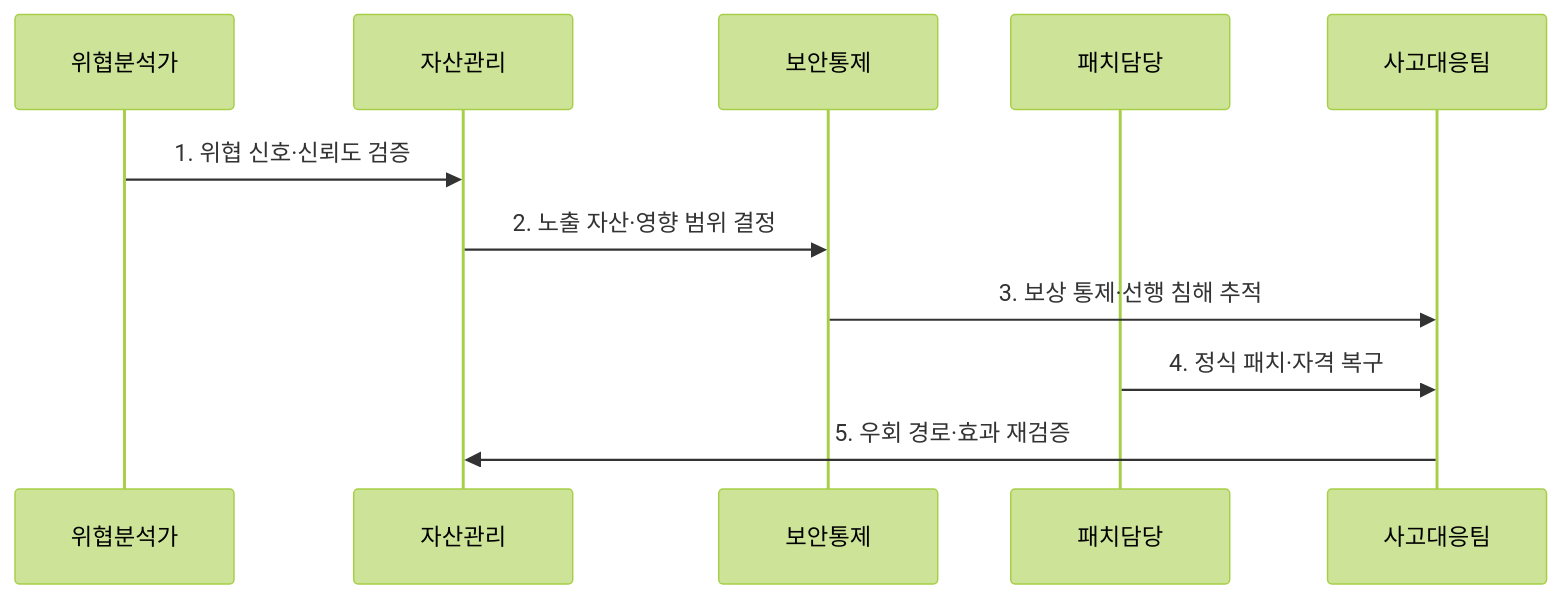
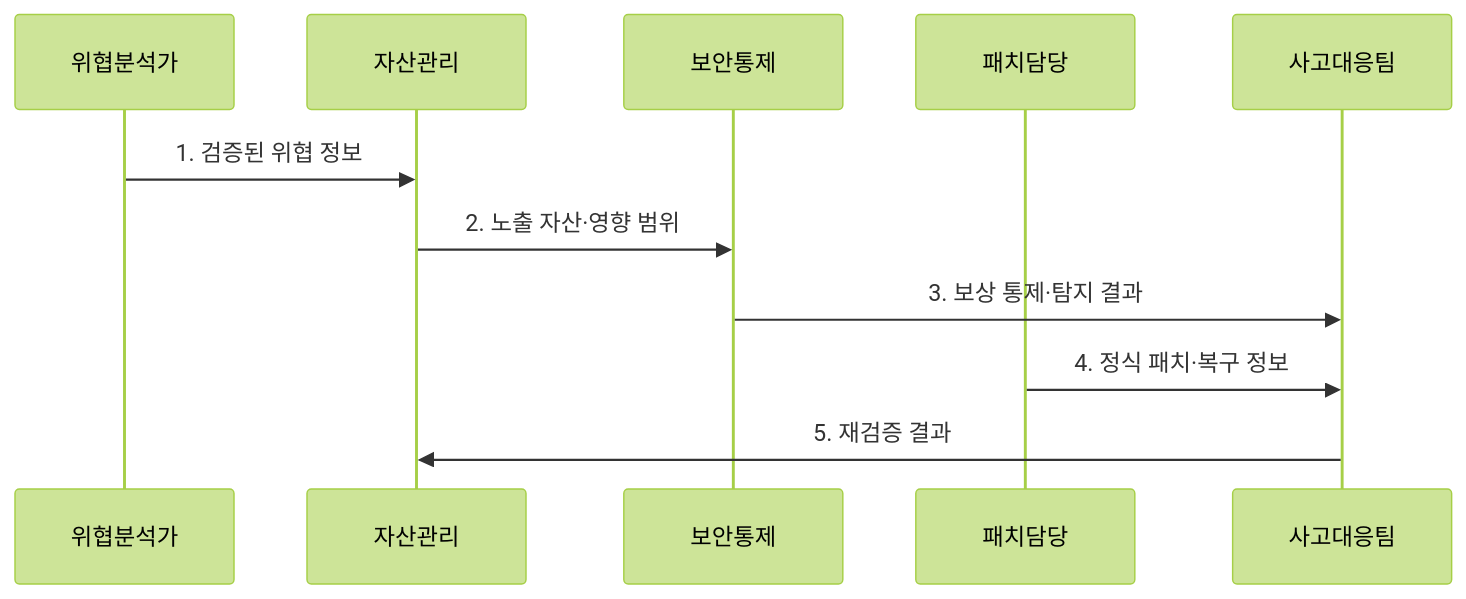
One commit to agnusdei1207/knowledge-base changed the second of 2 diagrams in src/content/docs/notes/05-security/042_zero_day_vulnerability.md. Above: the diagram before and after it, drawn with Mermaid (forest theme). The commit also changed other lines of this file and 20 other files, not shown here.

````diff
--- a/src/content/docs/notes/05-security/042_zero_day_vulnerability.md
+++ b/src/content/docs/notes/05-security/042_zero_day_vulnerability.md
@@ -83,13 +81,13 @@
 ```mermaid
 sequenceDiagram
     participant 위협분석가
     participant 자산관리
     participant 보안통제
     participant 패치담당
     participant 사고대응팀
-    위협분석가->>자산관리: 1. 위협 신호·신뢰도 검증
-    자산관리->>보안통제: 2. 노출 자산·영향 범위 결정
-    보안통제->>사고대응팀: 3. 보상 통제·선행 침해 추적
-    패치담당->>사고대응팀: 4. 정식 패치·자격 복구
-    사고대응팀->>자산관리: 5. 우회 경로·효과 재검증
+    위협분석가->>자산관리: 1. 검증된 위협 정보
+    자산관리->>보안통제: 2. 노출 자산·영향 범위
+    보안통제->>사고대응팀: 3. 보상 통제·탐지 결과
+    패치담당->>사고대응팀: 4. 정식 패치·복구 정보
+    사고대응팀->>자산관리: 5. 재검증 결과
 ```
````
